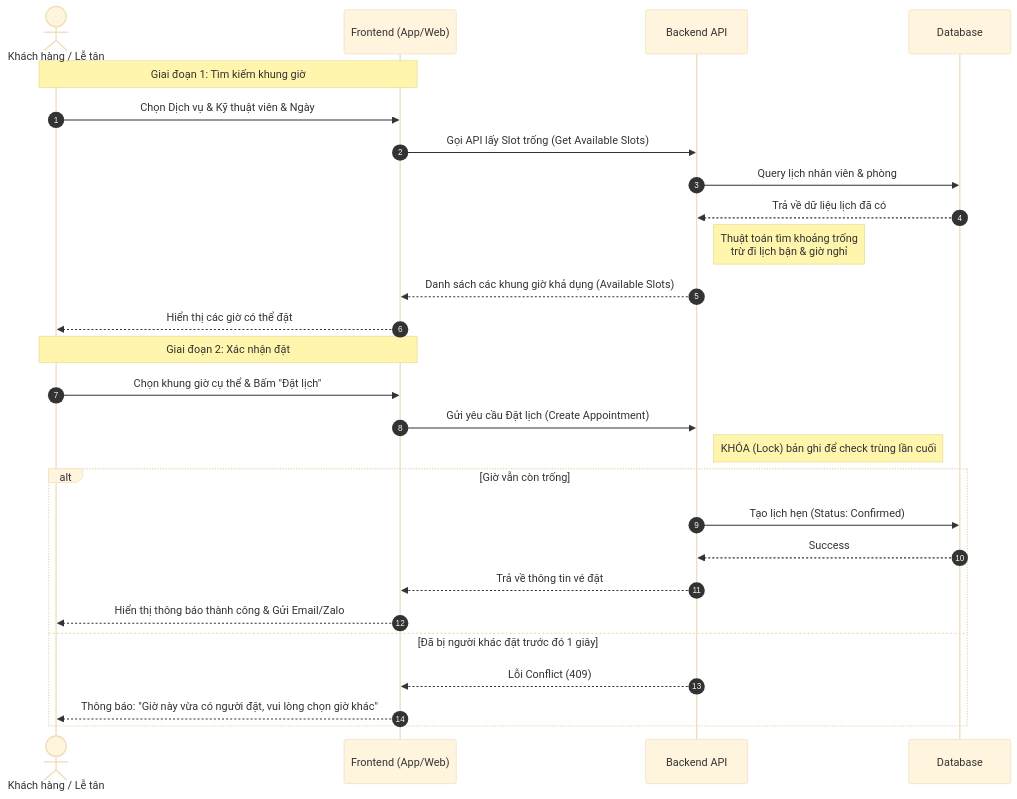
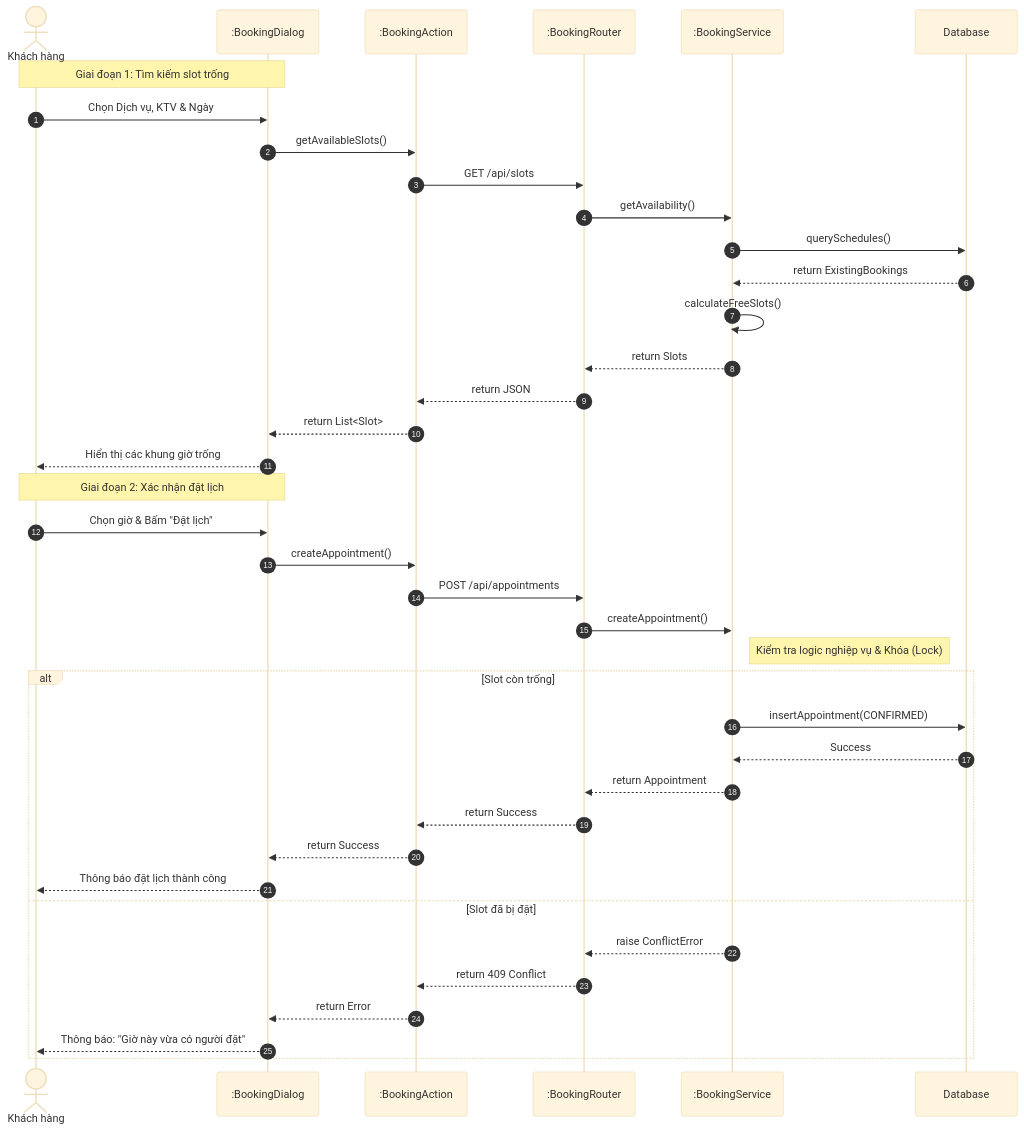
One commit to ngoctinn/Synapse changed the first of 3 diagrams in docs/design/sequence_diagrams.md. Above: the diagram before and after it, drawn with Mermaid. The commit also changed other lines of this file and 1 other file, not shown here.

Commit message:
docs: Add detailed sequence diagrams for core Synapse system flows including booking, service, and cancellation.

````diff
--- a/docs/design/sequence_diagrams.md
+++ b/docs/design/sequence_diagrams.md
@@ -8,38 +8,50 @@
 ```mermaid
 %%{init: {'theme': 'base', 'themeVariables': { 'fontFamily': 'Times New Roman'}}}%%
 sequenceDiagram
     autonumber
-    actor User as Khách hàng / Lễ tân
-    participant FE as Frontend (App/Web)
-    participant BE as Backend API
+    actor User as Khách hàng
+    participant View as :BookingDialog
+    participant Action as :BookingAction
+    participant Router as :BookingRouter
+    participant Service as :BookingService
     participant DB as Database
 
-    Note over User, FE: Giai đoạn 1: Tìm kiếm khung giờ
+    Note over User, View: Giai đoạn 1: Tìm kiếm slot trống
 
-    User->>FE: Chọn Dịch vụ & Kỹ thuật viên & Ngày
-    FE->>BE: Gọi API lấy Slot trống (Get Available Slots)
-    BE->>DB: Query lịch nhân viên & phòng
-    DB-->>BE: Trả về dữ liệu lịch đã có
+    User->>View: Chọn Dịch vụ, KTV & Ngày
+    View->>Action: getAvailableSlots()
+    Action->>Router: GET /api/slots
+    Router->>Service: getAvailability()
+    Service->>DB: querySchedules()
+    DB-->>Service: return ExistingBookings
 
-    Note right of BE: Thuật toán tìm khoảng trống<br/>trừ đi lịch bận & giờ nghỉ
+    Service->>Service: calculateFreeSlots()
 
-    BE-->>FE: Danh sách các khung giờ khả dụng (Available Slots)
-    FE-->>User: Hiển thị các giờ có thể đặt
+    Service-->>Router: return Slots
+    Router-->>Action: return JSON
+    Action-->>View: return List<Slot>
+    View-->>User: Hiển thị các khung giờ trống
 
-    Note over User, FE: Giai đoạn 2: Xác nhận đặt
+    Note over User, View: Giai đoạn 2: Xác nhận đặt lịch
 
-    User->>FE: Chọn khung giờ cụ thể & Bấm "Đặt lịch"
-    FE->>BE: Gửi yêu cầu Đặt lịch (Create Appointment)
+    User->>View: Chọn giờ & Bấm "Đặt lịch"
+    View->>Action: createAppointment()
+    Action->>Router: POST /api/appointments
+    Router->>Service: createAppointment()
 
-    Note right of BE: KHÓA (Lock) bản ghi để check trùng lần cuối
+    Note right of Service: Kiểm tra logic nghiệp vụ & Khóa (Lock)
 
-    alt Giờ vẫn còn trống
-        BE->>DB: Tạo lịch hẹn (Status: Confirmed)
-        DB-->>BE: Success
-        BE-->>FE: Trả về thông tin vé đặt
-        FE-->>User: Hiển thị thông báo thành công & Gửi Email/Zalo
-    else Đã bị người khác đặt trước đó 1 giây
-        BE-->>FE: Lỗi Conflict (409)
-        FE-->>User: Thông báo: "Giờ này vừa có người đặt, vui lòng chọn giờ khác"
+    alt Slot còn trống
+        Service->>DB: insertAppointment(CONFIRMED)
+        DB-->>Service: Success
+        Service-->>Router: return Appointment
+        Router-->>Action: return Success
+        Action-->>View: return Success
+        View-->>User: Thông báo đặt lịch thành công
+    else Slot đã bị đặt
+        Service-->>Router: raise ConflictError
+        Router-->>Action: return 409 Conflict
+        Action-->>View: return Error
+        View-->>User: Thông báo: "Giờ này vừa có người đặt"
     end
 ```
````
